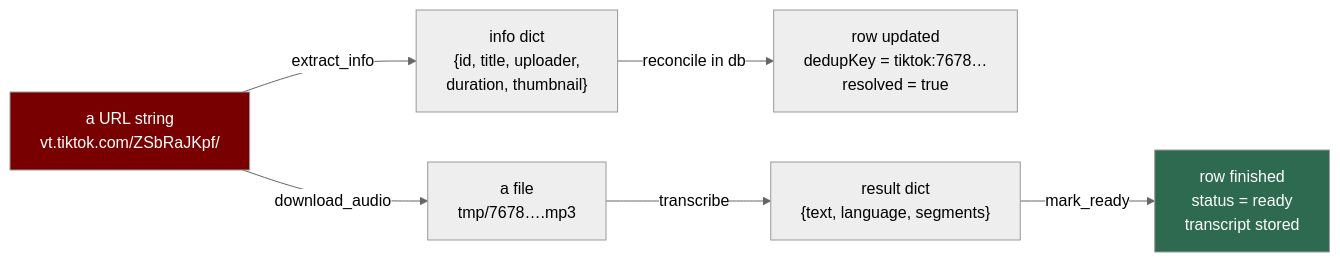
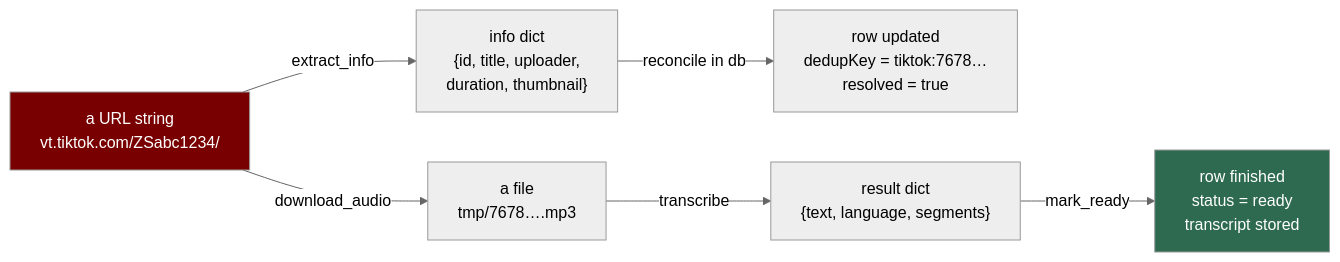
One commit to chahinfersi/RealSaves changed the third of 5 diagrams in worker/EXPLAINED.md. Above: the diagram before and after it, drawn with Mermaid (neutral theme). The commit also changed 14 other files, not shown here.

````diff
--- a/worker/EXPLAINED.md
+++ b/worker/EXPLAINED.md
@@ -90,12 +90,12 @@
 ```mermaid
 flowchart LR
-    A["a URL string<br/>vt.tiktok.com/ZSbRaJKpf/"]
+    A["a URL string<br/>vt.tiktok.com/ZSabc1234/"]
       -->|extract_info| B["info dict<br/>{id, title, uploader,<br/>duration, thumbnail}"]
     B -->|reconcile in db| C["row updated<br/>dedupKey = tiktok:7678…<br/>resolved = true"]
     A -->|download_audio| D["a file<br/>tmp/7678….mp3"]
     D -->|transcribe| E["result dict<br/>{text, language, segments}"]
     E -->|mark_ready| F["row finished<br/>status = ready<br/>transcript stored"]
 
     style A fill:#780000,color:#fff
     style F fill:#2d6a4f,color:#fff
 ```
````
